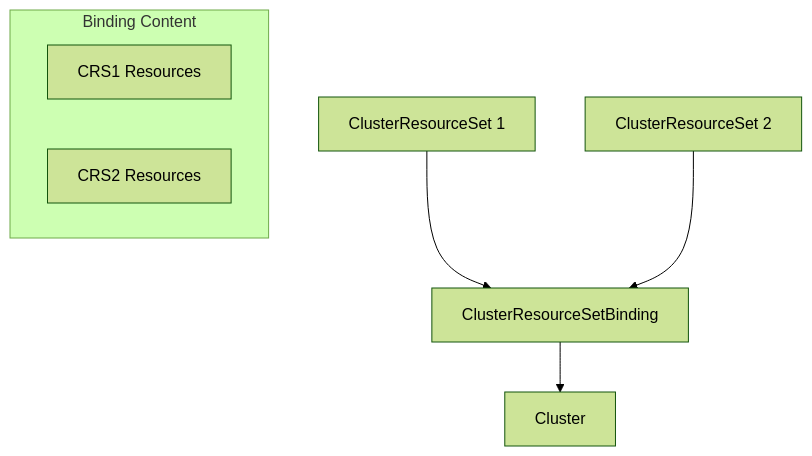
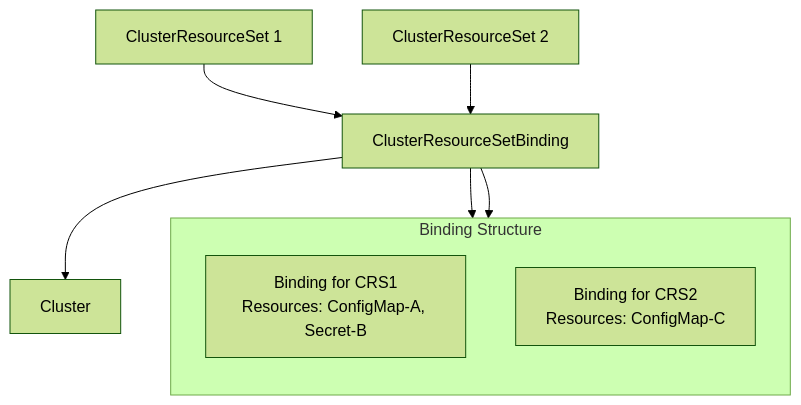
One commit to seanyen/cluster-api changed the fifth of 9 diagrams in ai-gen/internal/controllers/clusterresourceset_controller.md. Above: the diagram before and after it, drawn with Mermaid (forest theme). The commit also changed other lines of this file, not shown here.

````diff
--- a/ai-gen/internal/controllers/clusterresourceset_controller.md
+++ b/ai-gen/internal/controllers/clusterresourceset_controller.md
@@ -141,11 +199,15 @@
 ```mermaid
 flowchart TD
     CRS1[ClusterResourceSet 1] --> CRSB[ClusterResourceSetBinding]
     CRS2[ClusterResourceSet 2] --> CRSB
     CRSB --> C[Cluster]
     
-    subgraph "Binding Content"
-        B1[CRS1 Resources]
-        B2[CRS2 Resources]
+    subgraph "Binding Structure"
+        direction TB
+        B1[Binding for CRS1<br/>Resources: ConfigMap-A, Secret-B]
+        B2[Binding for CRS2<br/>Resources: ConfigMap-C]
     end
+    
+    CRSB --> B1
+    CRSB --> B2
 ```
````
